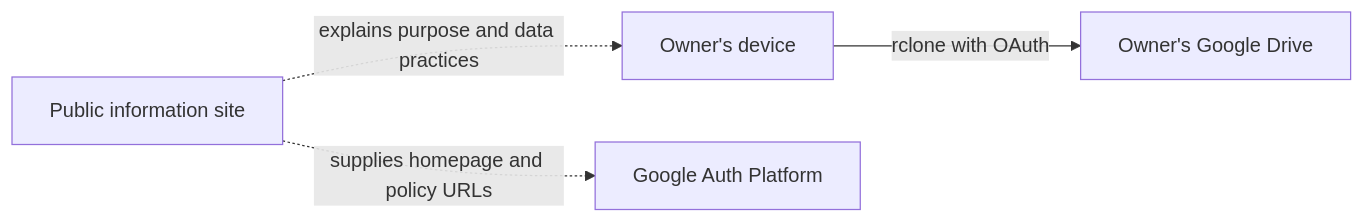
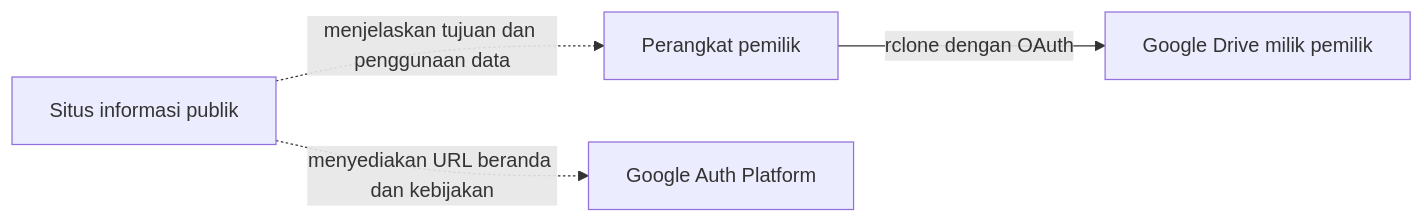
The diagram in README.md (pakde-spill/pakde-spill.github.io), drawn with Mermaid before and after one commit. The commit also changed other lines of this file and 3 other files, not shown here.

Commit message:
docs: localize public OAuth site in Indonesian

````diff
--- a/README.md
+++ b/README.md
@@ -9,6 +9,6 @@
 ```mermaid
 flowchart LR
-    O[Owner's device] -->|rclone with OAuth| G[Owner's Google Drive]
-    S[Public information site] -. explains purpose and data practices .-> O
-    S -. supplies homepage and policy URLs .-> A[Google Auth Platform]
+    O[Perangkat pemilik] -->|rclone dengan OAuth| G[Google Drive milik pemilik]
+    S[Situs informasi publik] -. menjelaskan tujuan dan penggunaan data .-> O
+    S -. menyediakan URL beranda dan kebijakan .-> A[Google Auth Platform]
 ```
````
